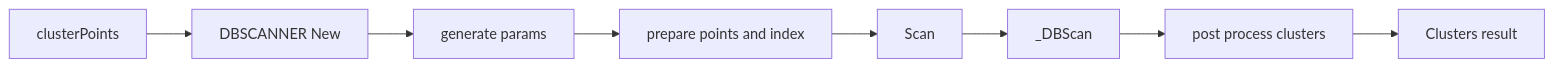
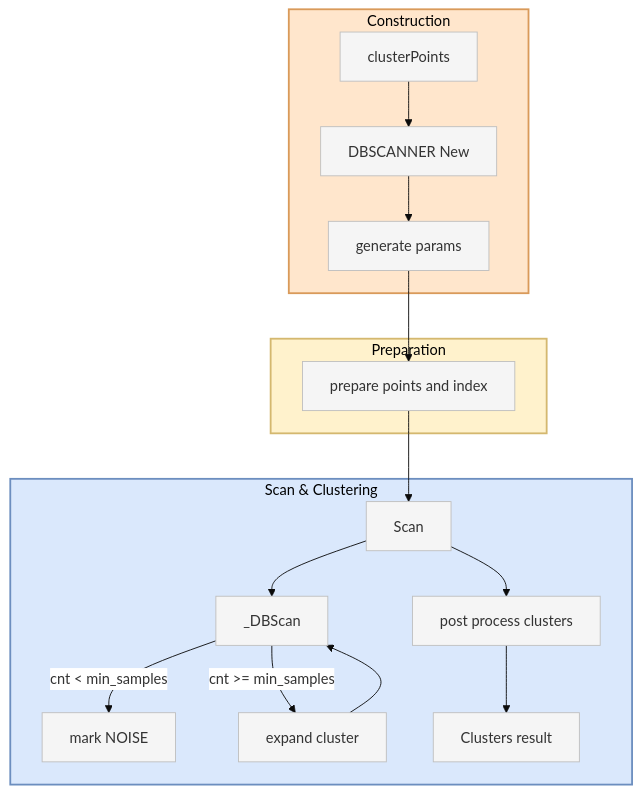
Before and after one commit to Gh0st352/AETHR: the first of 2 diagrams in docs/ai/README.md, drawn with Mermaid. The commit also changed other lines of this file and 2 other files, not shown here.

Commit message:
docs: enhance diagrams in README, data_structures, and dbscan with subgraphs, improved styles, and readability adjustments

````diff
--- a/docs/ai/README.md
+++ b/docs/ai/README.md
@@ -21,10 +21,31 @@
 ```mermaid
-flowchart LR
-  CP[clusterPoints] --> NW[DBSCANNER New]
-  NW --> GP[generate params]
-  GP --> PR[prepare points and index]
-  PR --> SC[Scan]
-  SC --> DB[_DBScan]
-  DB --> PP[post process clusters]
-  PP --> OUT[Clusters result]
+%%{init: {"theme":"base", "themeVariables": {"primaryColor":"#f5f5f5","edgeLabelBackground":"#ffffff"}}}%%
+flowchart
+  %% End-to-end split with subgraphs per Mermaid Rules
+  subgraph CON [Construction]
+    style CON fill:#ffe6cc,stroke:#d99a5a,stroke-width:2px
+    CP[clusterPoints]
+    NW[DBSCANNER New]
+    CP --> NW
+    NW --> GP[generate params]
+  end
+
+  subgraph PREP [Preparation]
+    style PREP fill:#fff2cc,stroke:#d4b86f,stroke-width:2px
+    GP --> PR[prepare points and index]
+  end
+
+  subgraph SCAN [Scan & Clustering]
+    style SCAN fill:#dae8fc,stroke:#6c8ebf,stroke-width:2px
+    PR --> SC[Scan]
+    SC --> DB[_DBScan]
+    DB -->|cnt < min_samples| NS[mark NOISE]
+    DB -->|cnt >= min_samples| EX[expand cluster]
+    EX --> DB
+    SC --> PP[post process clusters]
+    PP --> OUT[Clusters result]
+  end
+
+  classDef nodeStyle fill:#f5f5f5,stroke:#bfbfbf,stroke-width:1px
+  class CP,NW,GP,PR,SC,DB,NS,EX,PP,OUT nodeStyle
 ```
````
